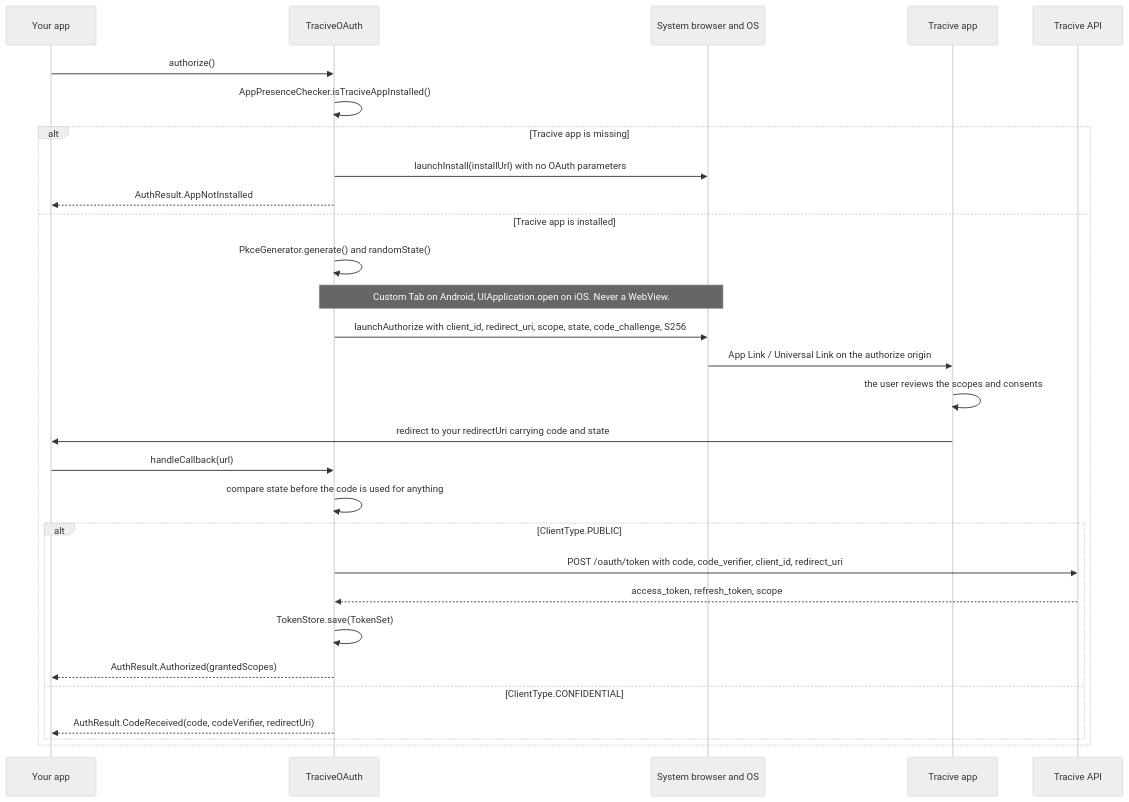
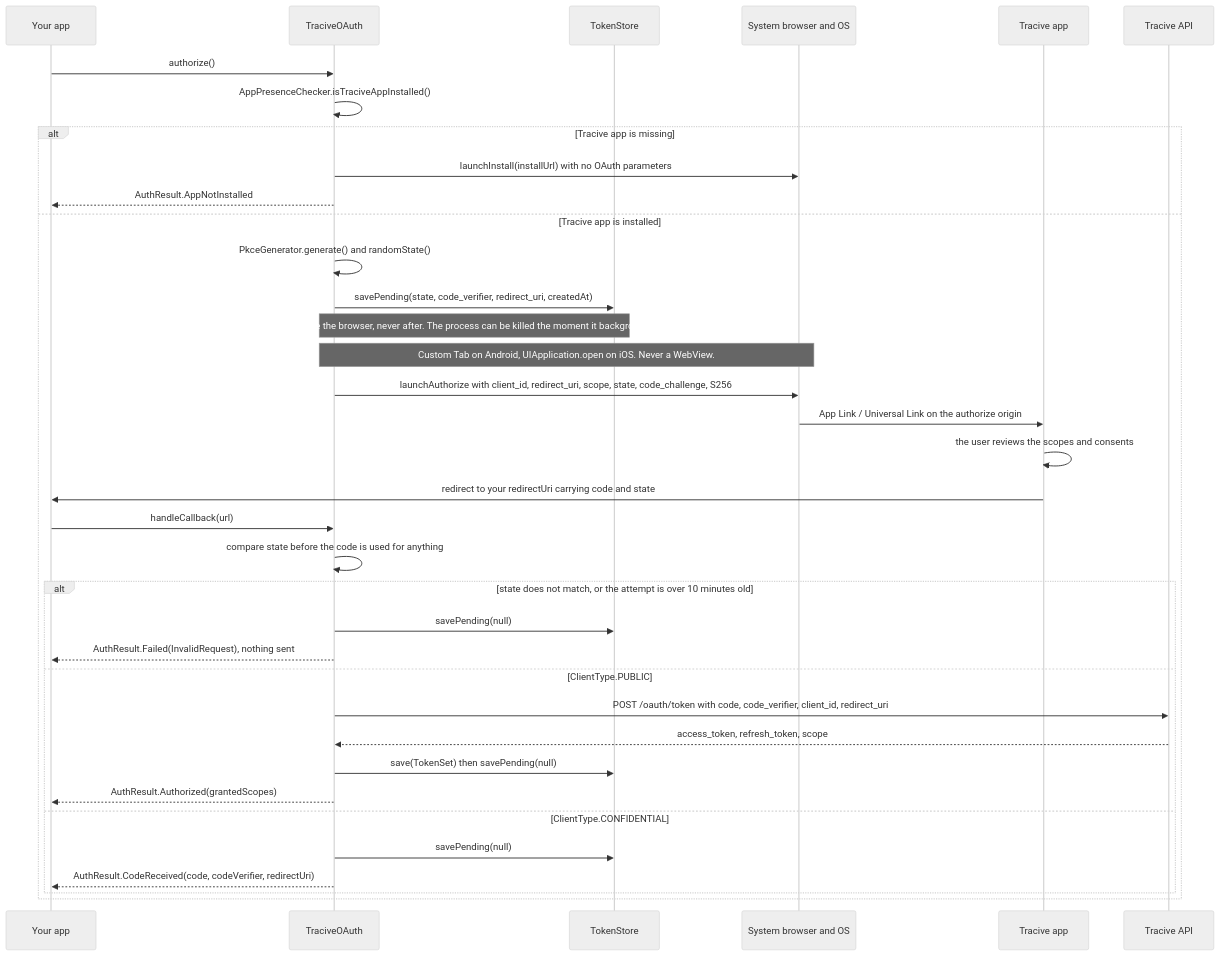
Before and after one commit to pleistocent/tracive-sdk-kotlin: the second of 5 diagrams in docs/architecture.md, drawn with Mermaid (neutral theme). The commit also changed other lines of this file and 10 other files, not shown here.

````diff
--- a/docs/architecture.md
+++ b/docs/architecture.md
@@ -61,32 +68,39 @@
 ```mermaid
 sequenceDiagram
     participant App as Your app
     participant SDK as TraciveOAuth
+    participant Store as TokenStore
     participant OS as System browser and OS
     participant Tracive as Tracive app
     participant API as Tracive API
 
     App->>SDK: authorize()
     SDK->>SDK: AppPresenceChecker.isTraciveAppInstalled()
     alt Tracive app is missing
         SDK->>OS: launchInstall(installUrl) with no OAuth parameters
         SDK-->>App: AuthResult.AppNotInstalled
     else Tracive app is installed
         SDK->>SDK: PkceGenerator.generate() and randomState()
+        SDK->>Store: savePending(state, code_verifier, redirect_uri, createdAt)
+        Note over SDK,Store: Before the browser, never after. The process can be killed the moment it backgrounds.
         Note over SDK,OS: Custom Tab on Android, UIApplication.open on iOS. Never a WebView.
         SDK->>OS: launchAuthorize with client_id, redirect_uri, scope, state, code_challenge, S256
         OS->>Tracive: App Link / Universal Link on the authorize origin
         Tracive->>Tracive: the user reviews the scopes and consents
         Tracive->>App: redirect to your redirectUri carrying code and state
         App->>SDK: handleCallback(url)
         SDK->>SDK: compare state before the code is used for anything
-        alt ClientType.PUBLIC
+        alt state does not match, or the attempt is over 10 minutes old
+            SDK->>Store: savePending(null)
+            SDK-->>App: AuthResult.Failed(InvalidRequest), nothing sent
+        else ClientType.PUBLIC
             SDK->>API: POST /oauth/token with code, code_verifier, client_id, redirect_uri
             API-->>SDK: access_token, refresh_token, scope
-            SDK->>SDK: TokenStore.save(TokenSet)
+            SDK->>Store: save(TokenSet) then savePending(null)
             SDK-->>App: AuthResult.Authorized(grantedScopes)
         else ClientType.CONFIDENTIAL
+            SDK->>Store: savePending(null)
             SDK-->>App: AuthResult.CodeReceived(code, codeVerifier, redirectUri)
         end
     end
 ```
````
